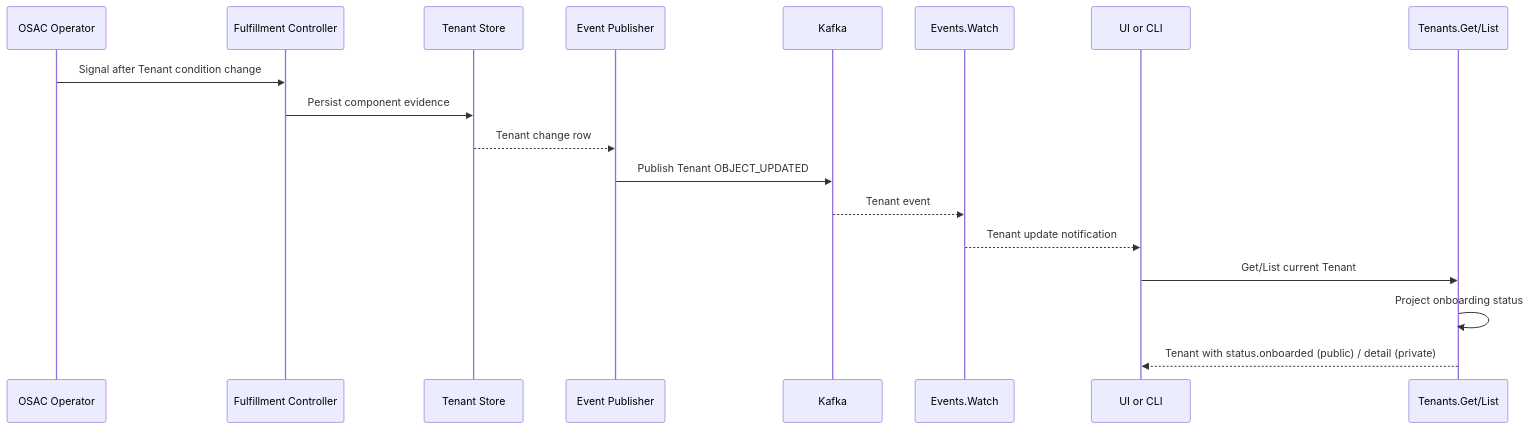
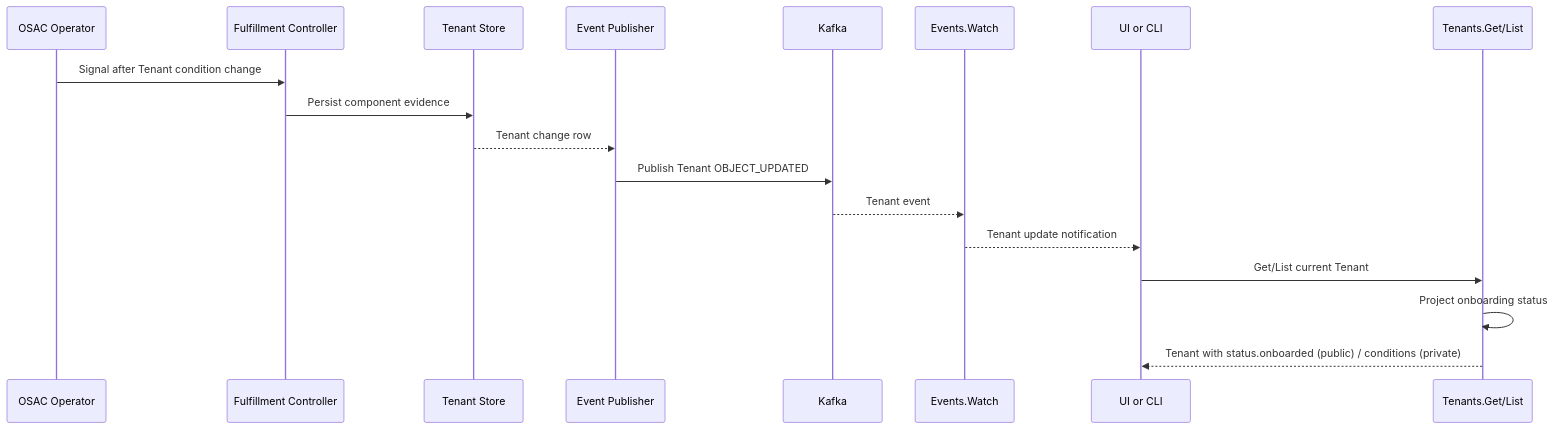
Before and after one commit to osac-project/enhancement-proposals: the diagram in enhancements/OSAC-3976-tenant-onboarded-status-for-minimal-onboarding-requirements/design.md, drawn with Mermaid. The commit also changed other lines of this file and 1 other file, not shown here.

First line of the commit message:
OSAC-3976: revise — conditions carry admin detail, reason codebook

````diff
--- a/enhancements/OSAC-3976-tenant-onboarded-status-for-minimal-onboarding-requirements/design.md
+++ b/enhancements/OSAC-3976-tenant-onboarded-status-for-minimal-onboarding-requirements/design.md
@@ -142,21 +146,21 @@
 ```mermaid
 sequenceDiagram
     participant OP as OSAC Operator
     participant FC as Fulfillment Controller
     participant DB as Tenant Store
     participant EP as Event Publisher
     participant K as Kafka
     participant EV as Events.Watch
     participant C as UI or CLI
     participant API as Tenants.Get/List
 
     OP->>FC: Signal after Tenant condition change
     FC->>DB: Persist component evidence
     DB-->>EP: Tenant change row
     EP->>K: Publish Tenant OBJECT_UPDATED
     K-->>EV: Tenant event
     EV-->>C: Tenant update notification
     C->>API: Get/List current Tenant
     API->>API: Project onboarding status
-    API-->>C: Tenant with status.onboarded (public) / detail (private)
+    API-->>C: Tenant with status.onboarded (public) / conditions (private)
 ```
````
